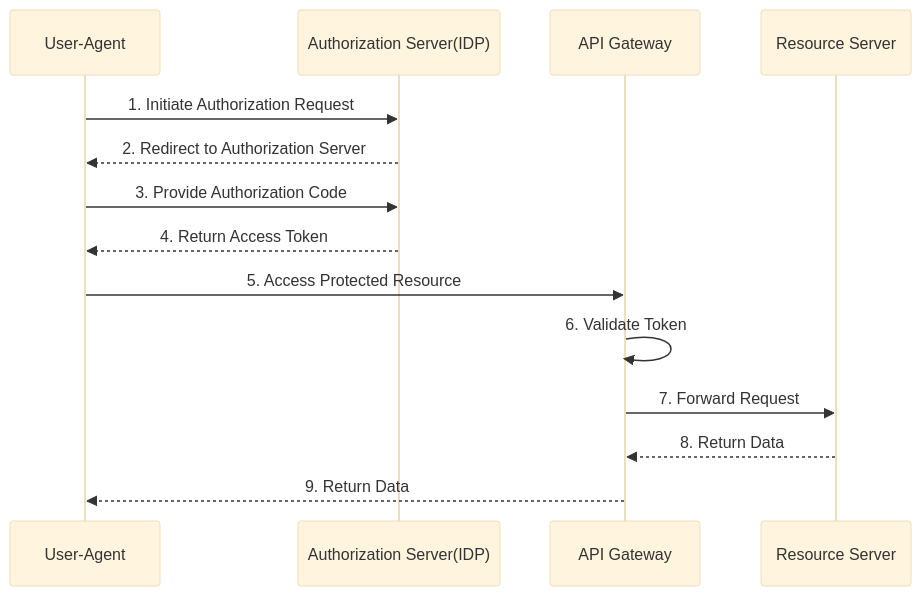
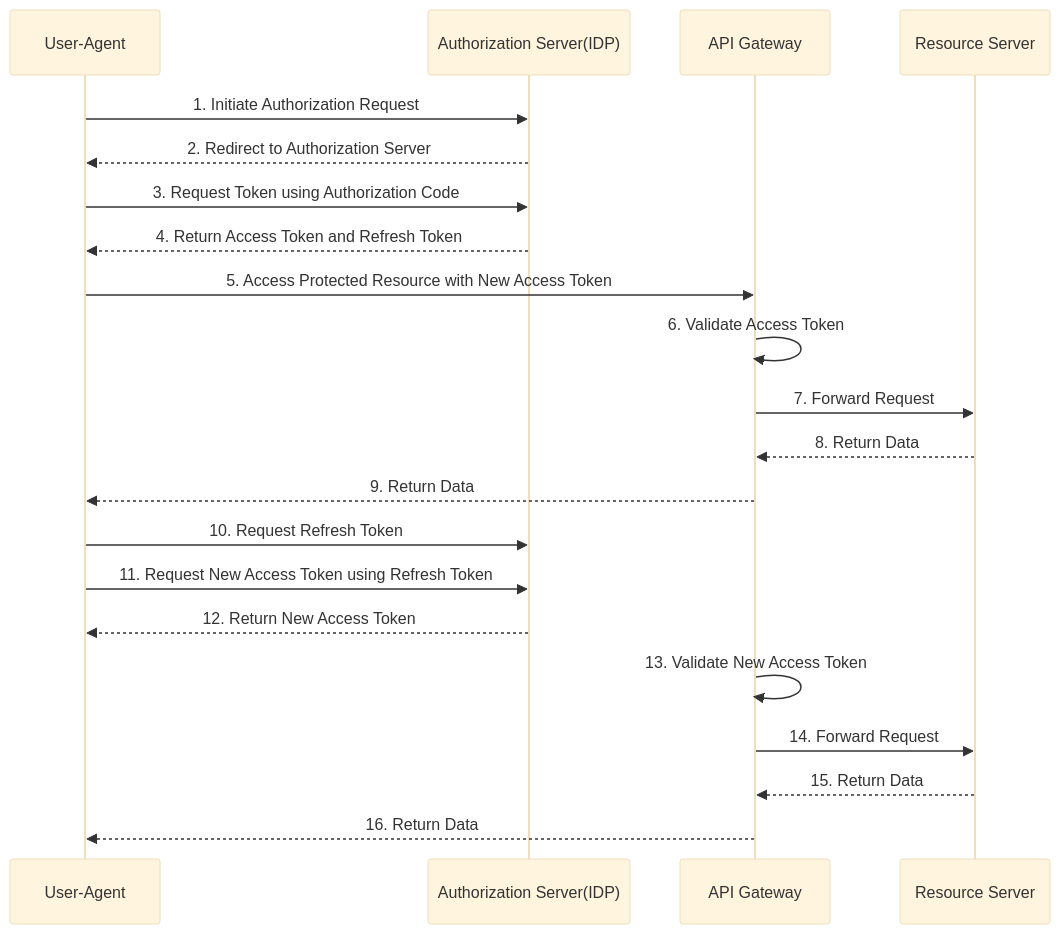
Before and after one commit to sunilchandra007/my-api-playground: the first of 2 diagrams in Authentication.md, drawn with Mermaid (base theme).

````diff
--- a/Authentication.md
+++ b/Authentication.md
@@ -10,18 +10,27 @@
 ```mermaid
 sequenceDiagram
     participant UA as User-Agent
     participant AR as Authorization Server(IDP)
     participant AG as API Gateway
     participant RS as Resource Server
 
     UA->>AR: 1. Initiate Authorization Request
     AR-->>UA: 2. Redirect to Authorization Server
-    UA->>AR: 3. Provide Authorization Code
-    AR-->>UA: 4. Return Access Token
+    UA->>AR: 3. Request Token using Authorization Code
+    AR-->>UA: 4. Return Access Token and Refresh Token
 
-    UA->>AG: 5. Access Protected Resource
-    AG->>AG: 6. Validate Token
+    UA->>AG: 5. Access Protected Resource with New Access Token
+    AG->>AG: 6. Validate Access Token
     AG->>RS: 7. Forward Request
     RS-->>AG: 8. Return Data
     AG-->>UA: 9. Return Data
+
+
+    UA->>AR: 10. Request Refresh Token
+    UA->>AR: 11. Request New Access Token using Refresh Token
+    AR-->>UA: 12. Return New Access Token
+    AG->>AG: 13. Validate New Access Token
+    AG->>RS: 14. Forward Request
+    RS-->>AG: 15. Return Data
+    AG-->>UA: 16. Return Data
 ```
````
